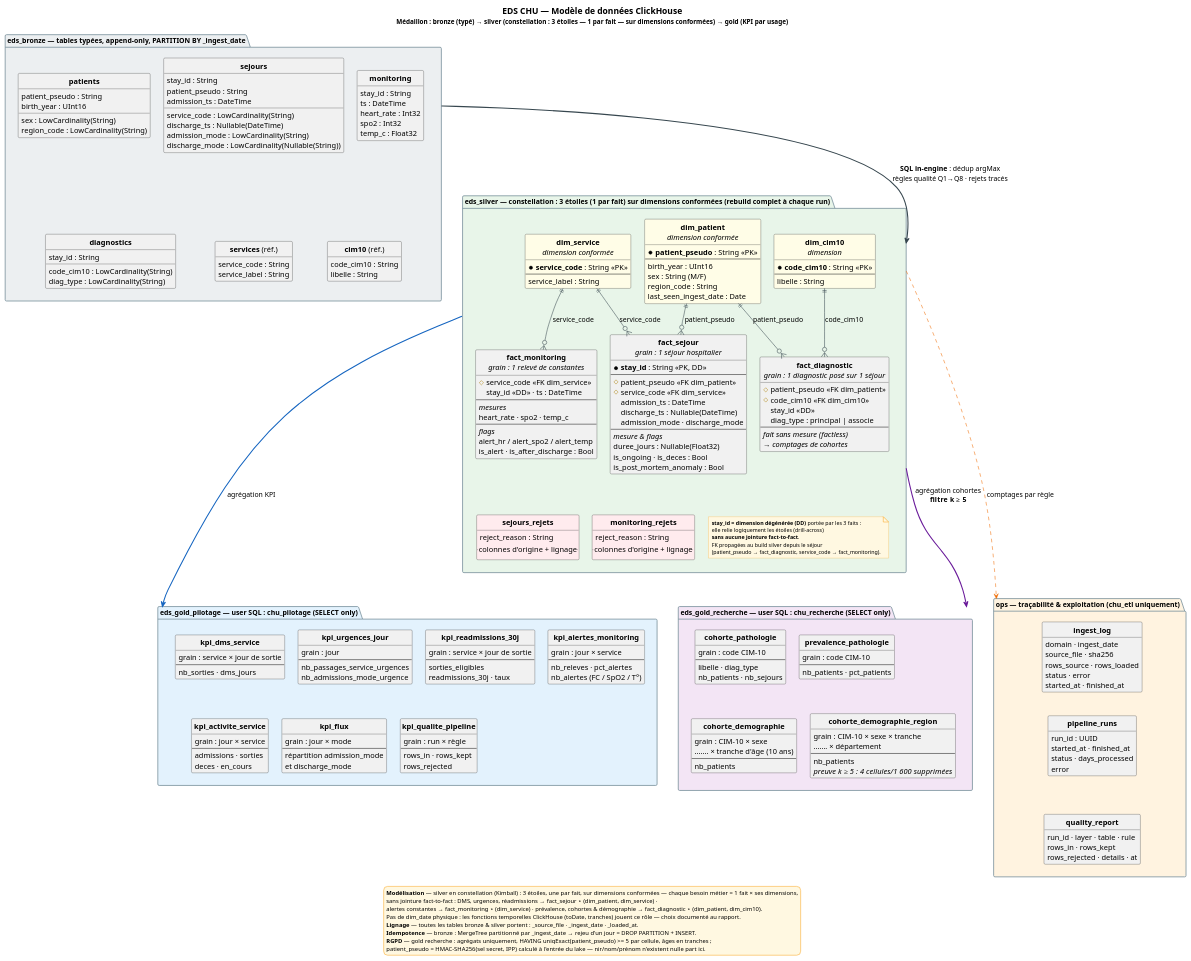
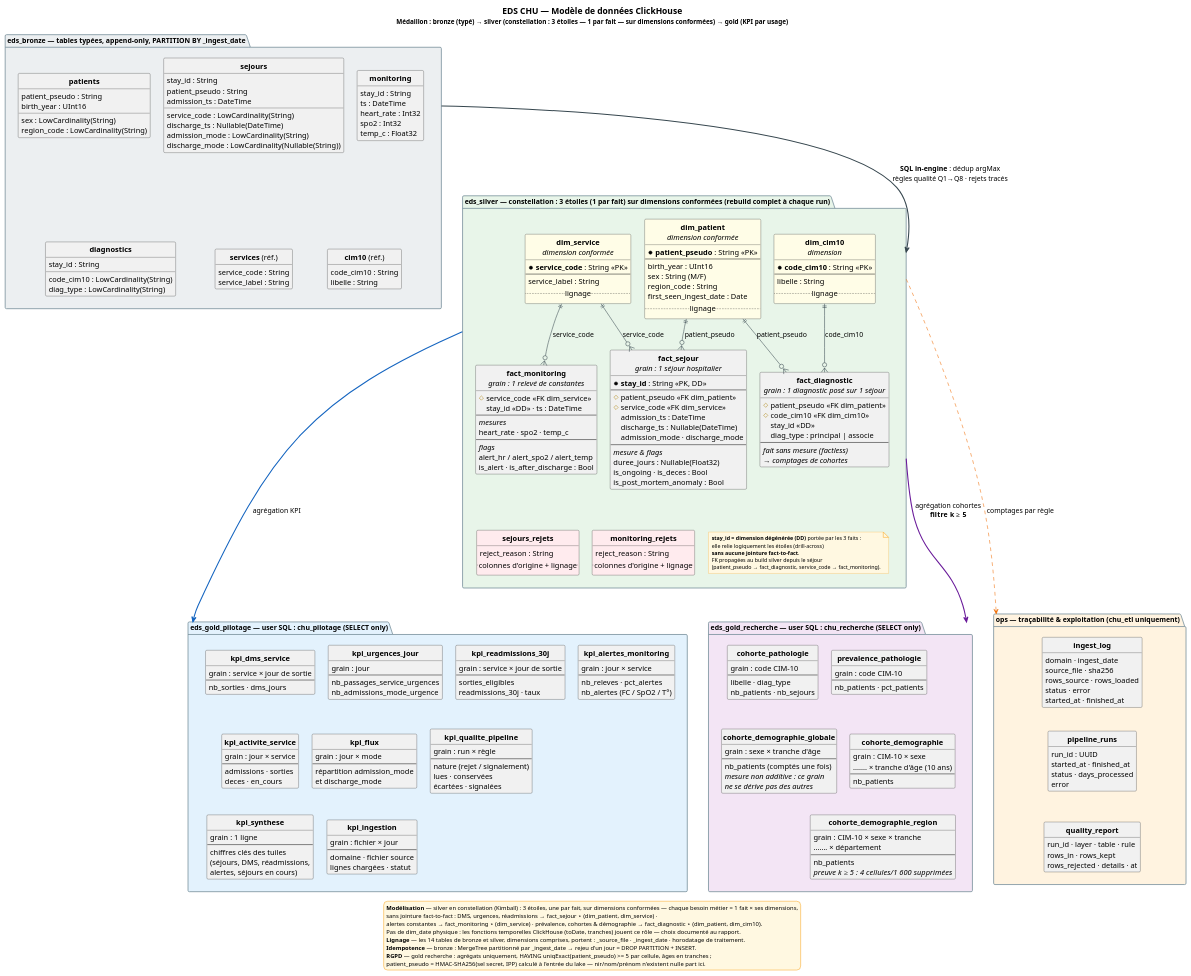
The diagram in docs/data-model.puml (RaptorZ99/BigData), drawn with PlantUML before and after one commit. The commit also changed 25 other files, not shown here.

```diff
--- a/docs/data-model.puml
+++ b/docs/data-model.puml
@@ -82,6 +82,7 @@
     * **service_code** : String <<PK>>
     --
     service_label : String
+    ..lignage..
   }
 
   entity "**dim_patient**\n<i>dimension conformée</i>" as dim_patient #FFFDE7 {
@@ -90,13 +91,15 @@
     birth_year : UInt16
     sex : String (M/F)
     region_code : String
-    last_seen_ingest_date : Date
+    first_seen_ingest_date : Date
+    ..lignage..
   }
 
   entity "**dim_cim10**\n<i>dimension</i>" as dim_cim10 #FFFDE7 {
     * **code_cim10** : String <<PK>>
     --
     libelle : String
+    ..lignage..
   }
 
   entity "**fact_monitoring**\n<i>grain : 1 relevé de constantes</i>" as fact_monitoring {
@@ -205,8 +208,24 @@
   entity "**kpi_qualite_pipeline**" as g_qual {
     grain : run × règle
     --
-    rows_in · rows_kept
-    rows_rejected
+    nature (rejet / signalement)
+    lues · conservées
+    écartées · signalées
+  }
+
+  entity "**kpi_synthese**" as g_synth {
+    grain : 1 ligne
+    --
+    chiffres clés des tuiles
+    (séjours, DMS, réadmissions,
+    alertes, séjours en cours)
+  }
+
+  entity "**kpi_ingestion**" as g_ing {
+    grain : fichier × jour
+    --
+    domaine · fichier source
+    lignes chargées · statut
   }
 }
 
@@ -224,6 +243,14 @@
     grain : code CIM-10
     --
     nb_patients · pct_patients
+  }
+
+  entity "**cohorte_demographie_globale**" as g_demo_glob {
+    grain : sexe × tranche d'âge
+    --
+    nb_patients (comptés une fois)
+    <i>mesure non additive : ce grain</i>
+    <i>ne se dérive pas des autres</i>
   }
 
   entity "**cohorte_demographie**" as g_demo {
@@ -299,8 +326,9 @@
 
 ' gold recherche : grille 2 × 2 (alignée sur les rangées de gold_pilotage)
 g_cohorte -[hidden]right- g_preval
-g_cohorte -[hidden]down- g_demo
-g_demo -[hidden]right- g_demo_reg
+g_cohorte -[hidden]down- g_demo_glob
+g_demo_glob -[hidden]right- g_demo
+g_demo -[hidden]down- g_demo_reg
 
 ' gold pilotage : grille 4 + 3
 g_dms -[hidden]right- g_urg
@@ -309,6 +337,8 @@
 g_dms -[hidden]down- g_act
 g_act -[hidden]right- g_flux
 g_flux -[hidden]right- g_qual
+g_act -[hidden]down- g_synth
+g_synth -[hidden]right- g_ing
 
 ' ops : colonne
 o_ingest -[hidden]down- o_runs
@@ -323,7 +353,7 @@
   sans jointure fact-to-fact : DMS, urgences, réadmissions → fact_sejour ⋆ (dim_patient, dim_service) ·
   alertes constantes → fact_monitoring ⋆ (dim_service) · prévalence, cohortes & démographie → fact_diagnostic ⋆ (dim_patient, dim_cim10).
   Pas de dim_date physique : les fonctions temporelles ClickHouse (toDate, tranches) jouent ce rôle — choix documenté au rapport.
-  <b>Lignage</b> — toutes les tables bronze & silver portent : _source_file · _ingest_date · _loaded_at.
+  <b>Lignage</b> — les 14 tables de bronze et silver, dimensions comprises, portent : _source_file · _ingest_date · horodatage de traitement.
   <b>Idempotence</b> — bronze : MergeTree partitionné par _ingest_date → rejeu d'un jour = DROP PARTITION + INSERT.
   <b>RGPD</b> — gold recherche : agrégats uniquement, HAVING uniqExact(patient_pseudo) >= 5 par cellule, âges en tranches ;
   patient_pseudo = HMAC-SHA256(sel secret, IPP) calculé à l'entrée du lake — nir/nom/prénom n'existent nulle part ici.
```
